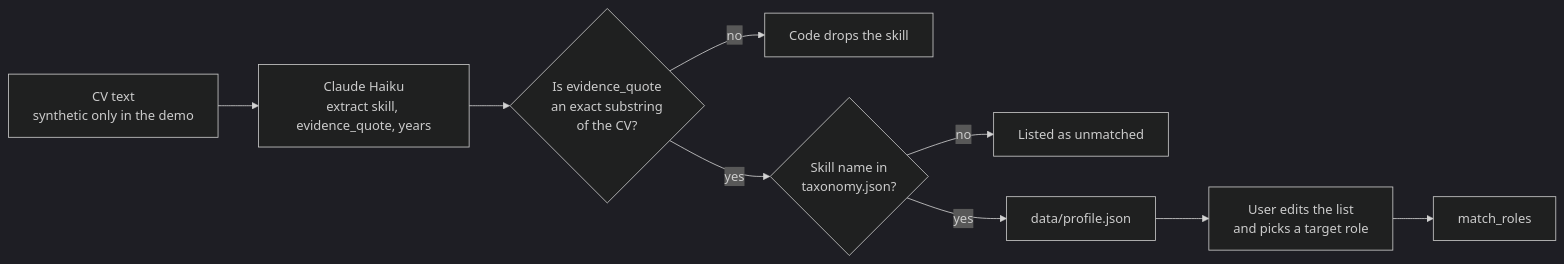
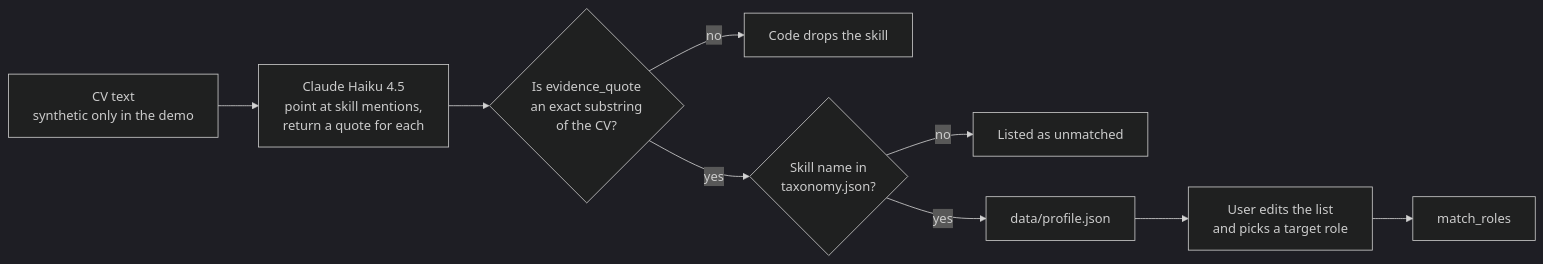
The seventh of 9 diagrams in docs/architecture.md (TayEeZhan/varity), drawn with Mermaid (dark theme) before and after one commit. The commit also changed other lines of this file and 15 other files, not shown here.

First line of the commit message:
feat: route Claude through Replit AI Integrations; declare the CV-intake LLM

````diff
--- a/docs/architecture.md
+++ b/docs/architecture.md
@@ -382,11 +382,11 @@
 ```mermaid
 flowchart LR
-    CV["CV text<br/>synthetic only in the demo"] --> LLM["Claude Haiku<br/>extract skill, evidence_quote, years"]
+    CV["CV text<br/>synthetic only in the demo"] --> LLM["Claude Haiku 4.5<br/>point at skill mentions,<br/>return a quote for each"]
     LLM --> Q{"Is evidence_quote<br/>an exact substring<br/>of the CV?"}
     Q -- no --> X["Code drops the skill"]
     Q -- yes --> V{"Skill name in<br/>taxonomy.json?"}
     V -- no --> U["Listed as unmatched"]
     V -- yes --> P["data/profile.json"]
     P --> E["User edits the list<br/>and picks a target role"]
     E --> RM["match_roles"]
 ```
````
